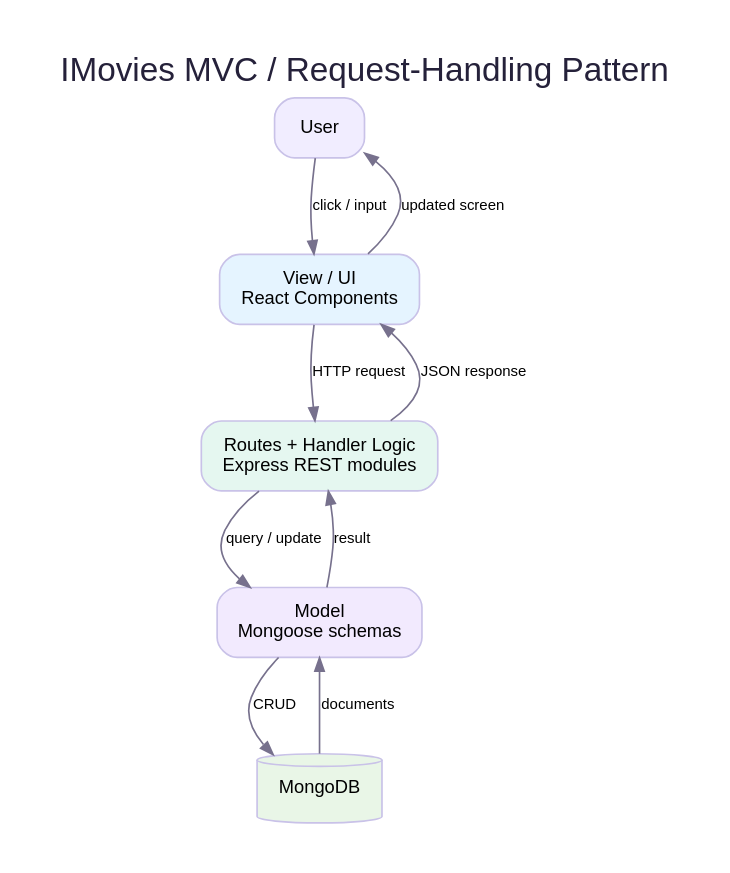
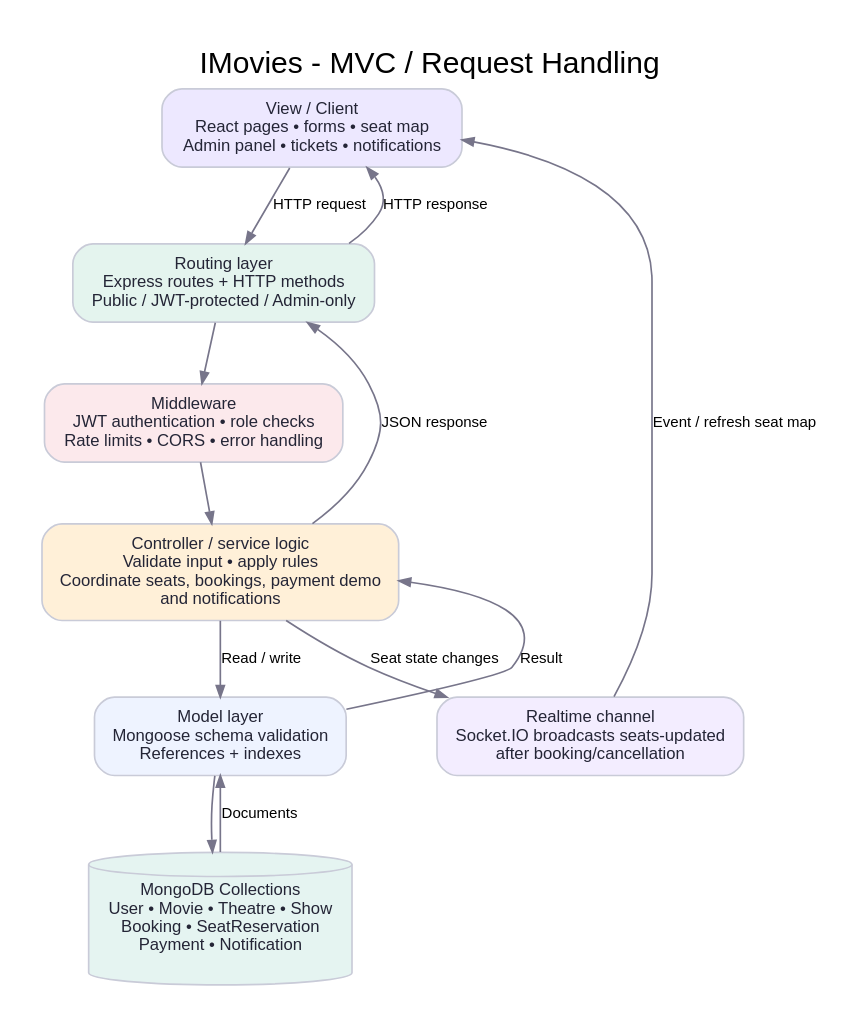
The diagram in assets/diagrams/mvc-pattern.dot (AmayGuptaEN24CS3010116/IMovies), drawn with Graphviz before and after one commit. The commit also changed 48 other files, not shown here.

```diff
--- a/assets/diagrams/mvc-pattern.dot
+++ b/assets/diagrams/mvc-pattern.dot
@@ -1,18 +1,23 @@
-digraph MVC {
- graph [rankdir=TB, bgcolor="white", pad="0.3", nodesep="0.55", ranksep="0.65", label="IMovies MVC / Request-Handling Pattern", labelloc=t, fontsize=20, fontname="Arial", fontcolor="#25213A"];
- node [shape=box, style="rounded,filled", fontname="Arial", fontsize=11, margin="0.18,0.13", color="#C9C2E8"];
- edge [fontname="Arial", fontsize=9, color="#77718D", arrowsize=0.8];
- user [label="User", fillcolor="#F1EDFF"];
- view [label="View / UI\nReact Components", fillcolor="#E5F4FF"];
- route [label="Routes + Handler Logic\nExpress REST modules", fillcolor="#E5F7F0"];
- model [label="Model\nMongoose schemas", fillcolor="#F2EAFE"];
- db [shape=cylinder,label="MongoDB",fillcolor="#E9F6E7"];
- user -> view [label="click / input"];
- view -> route [label="HTTP request"];
- route -> model [label="query / update"];
- model -> db [label="CRUD"];
- db -> model [label="documents"];
- model -> route [label="result"];
- route -> view [label="JSON response", constraint=false];
- view -> user [label="updated screen", constraint=false];
+digraph IMoviesMVC {
+  graph [rankdir=TB, bgcolor="#ffffff", pad="0.25", nodesep="0.42", ranksep="0.48", fontname="Arial", label="IMovies - MVC / Request Handling", labelloc=t, fontsize=18];
+  node [shape=box, style="rounded,filled", fontname="Arial", fontsize=10, color="#c9cbd8", fillcolor="#f4f3fb", fontcolor="#242536", margin="0.16,0.1"];
+  edge [fontname="Arial", fontsize=9, color="#77758a", arrowsize=0.7];
+  client [label="View / Client\nReact pages • forms • seat map\nAdmin panel • tickets • notifications", fillcolor="#ede8ff"];
+  routes [label="Routing layer\nExpress routes + HTTP methods\nPublic / JWT-protected / Admin-only", fillcolor="#e4f4ee"];
+  controller [label="Controller / service logic\nValidate input • apply rules\nCoordinate seats, bookings, payment demo\nand notifications", fillcolor="#fff0d8"];
+  middleware [label="Middleware\nJWT authentication • role checks\nRate limits • CORS • error handling", fillcolor="#fce9ec"];
+  model [label="Model layer\nMongoose schema validation\nReferences + indexes", fillcolor="#eef3ff"];
+  db [shape=cylinder, label="MongoDB Collections\nUser • Movie • Theatre • Show\nBooking • SeatReservation\nPayment • Notification", fillcolor="#e5f4f1"];
+  socket [label="Realtime channel\nSocket.IO broadcasts seats-updated\nafter booking/cancellation", fillcolor="#f3edff"];
+  client -> routes [label="HTTP request"];
+  routes -> middleware;
+  middleware -> controller;
+  controller -> model [label="Read / write"];
+  model -> db;
+  db -> model [label="Documents"];
+  model -> controller [label="Result", constraint=false];
+  controller -> routes [label="JSON response", constraint=false];
+  routes -> client [label="HTTP response", constraint=false];
+  controller -> socket [label="Seat state changes"];
+  socket -> client [label="Event / refresh seat map"];
 }
```
